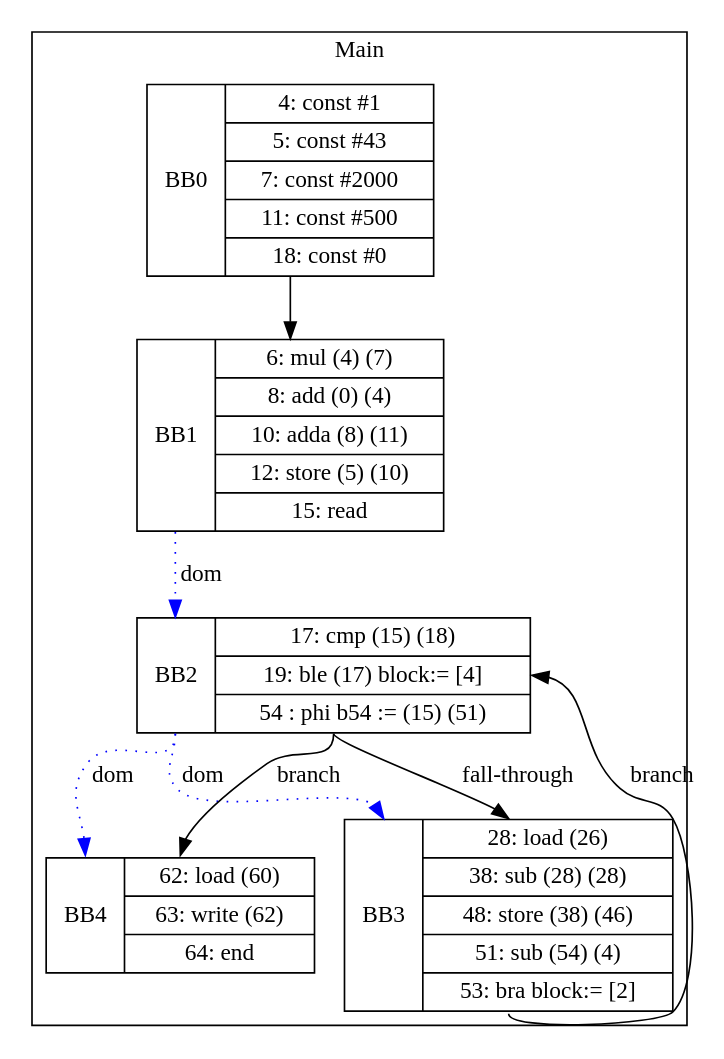
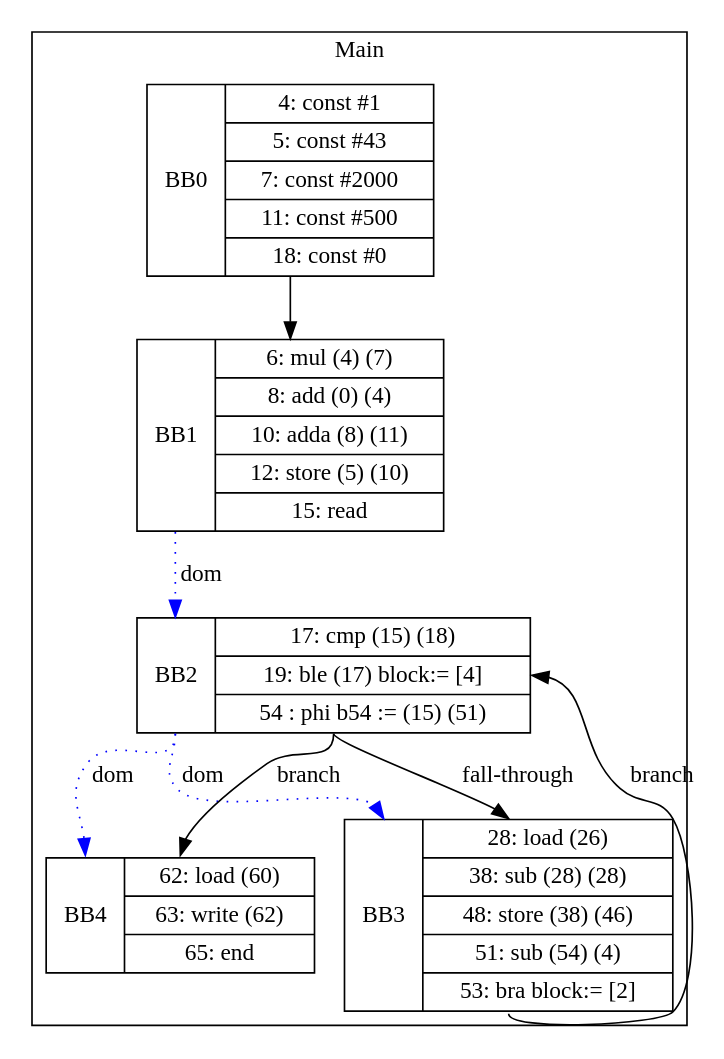
Before and after one commit to zjc664656505/UCI-CS241-Advanced-Compiler-main: the diagram in visualization/Simon/array_cse_while.gv, drawn with Graphviz. The commit also changed 55 other files, not shown here.

```diff
--- a/visualization/Simon/array_cse_while.gv
+++ b/visualization/Simon/array_cse_while.gv
@@ -1,18 +1,18 @@
 digraph G {
 node [shape=record];
 subgraph cluster_main{
 label = "Main";
 BB0 [shape=record, label="<b>BB0|{4: const #1|5: const #43|7: const #2000|11: const #500|18: const #0}"];
 BB1 [shape=record, label="<b>BB1|{6: mul (4) (7)|8: add (0) (4)|10: adda (8) (11)|12: store (5) (10)|15: read}"];
 BB2 [shape=record, label="<b>BB2|{17: cmp (15) (18)|19: ble (17) block:= [4]|54 : phi b54 := (15) (51)}"];
 BB3 [shape=record, label="<b>BB3|{28: load (26)|38: sub (28) (28)|48: store (38) (46)|51: sub (54) (4)|53: bra block:= [2]}"];
-BB4 [shape=record, label="<b>BB4|{62: load (60)|63: write (62)|64: end}"];
+BB4 [shape=record, label="<b>BB4|{62: load (60)|63: write (62)|65: end}"];
 }
 BB0:s -> BB1:n ;
 BB2:b -> BB3:b [color=blue, style=dotted, label="dom"];
 BB2:b -> BB4:b [color=blue, style=dotted, label="dom"];
 BB1:b -> BB2:b [color=blue, style=dotted, label="dom"];
 BB2:s -> BB4:n [label="branch"];
 BB3:s -> BB2:e [label="branch"];
 BB2:s -> BB3:n [label="fall-through"];
 }
```
